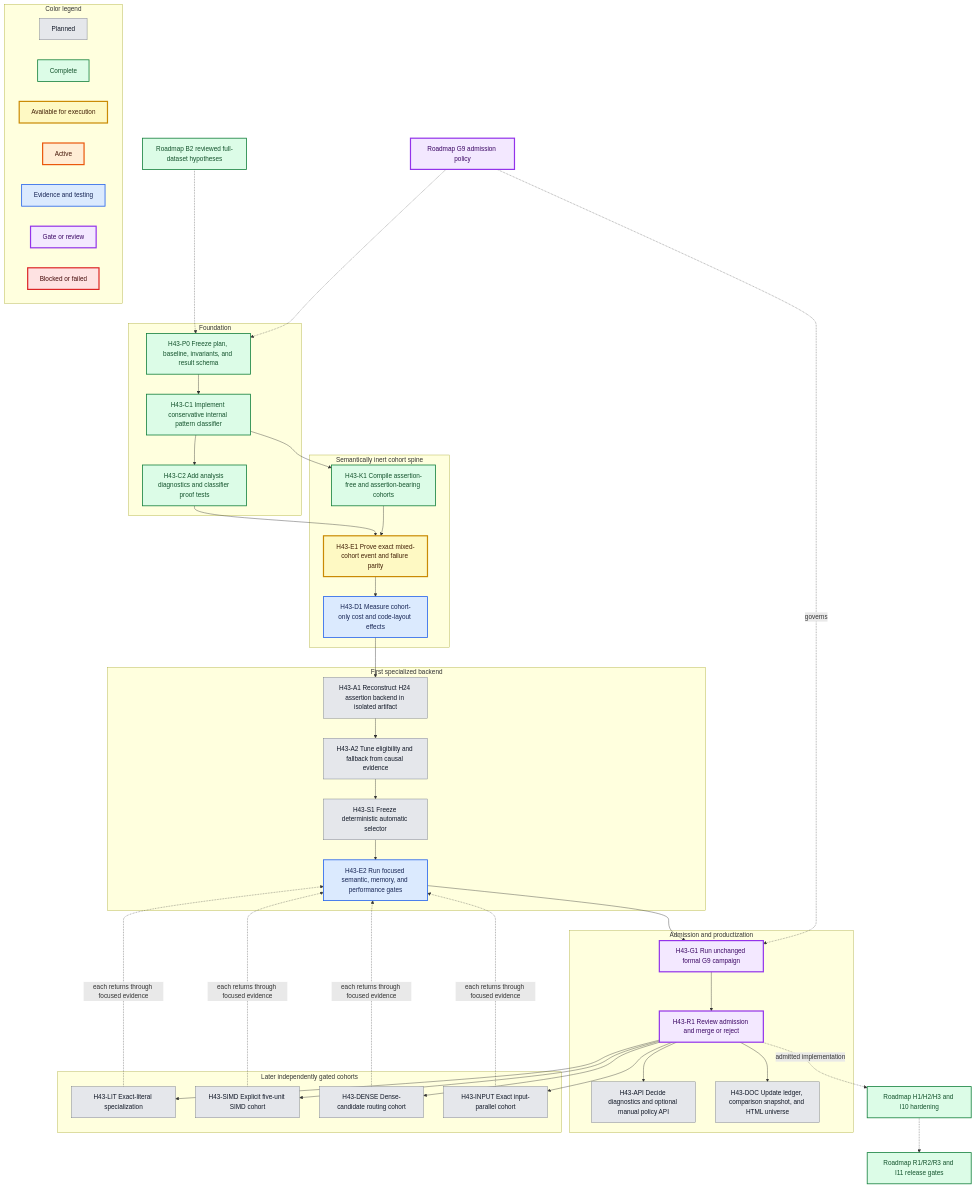
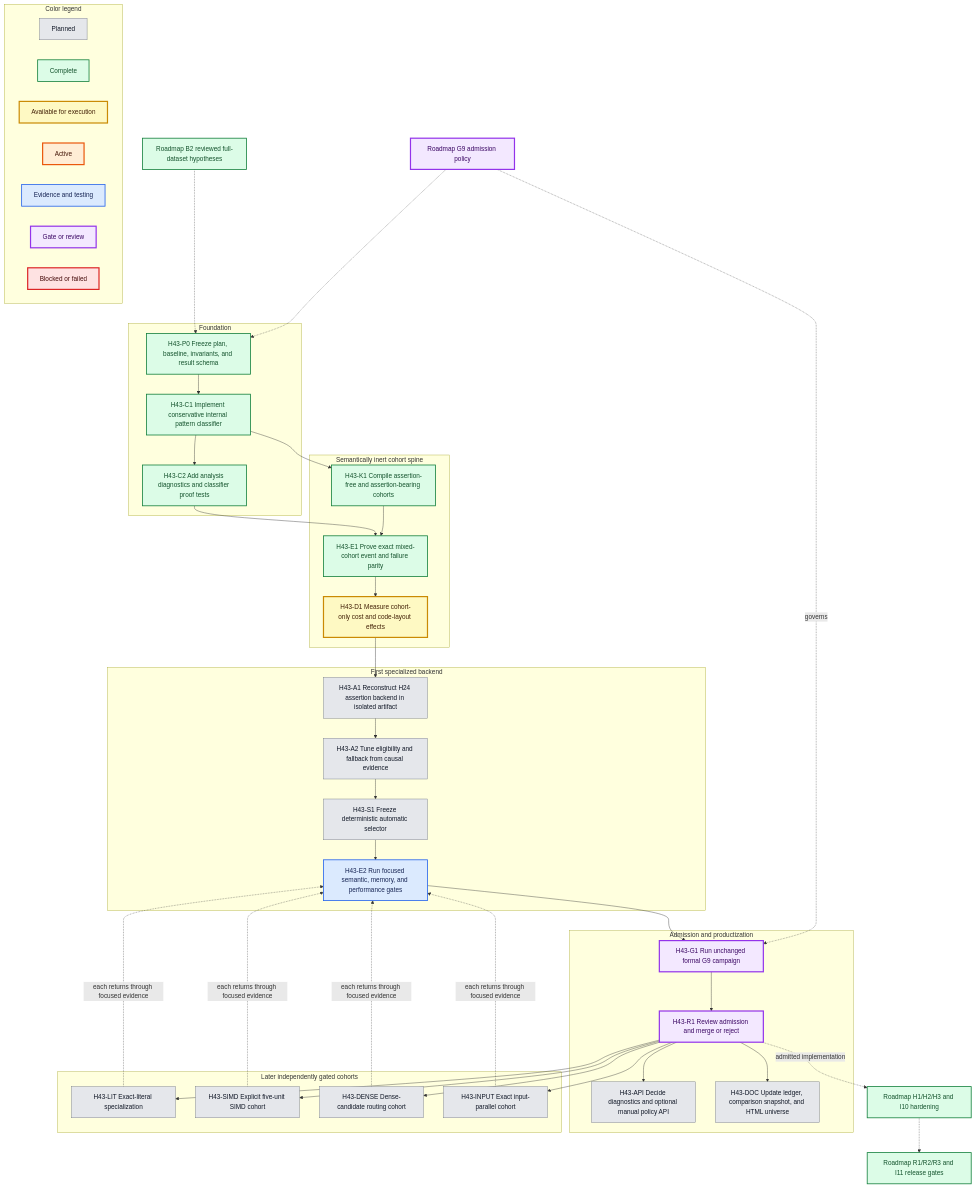
One commit to la3lma/rustmatch changed the first of 3 diagrams in docs/experiments/b2-h-0043-cohort-aware-matcher-plan.md. Above: the diagram before and after it, drawn with Mermaid. The commit also changed other lines of this file and 5 other files, not shown here.

````diff
--- a/docs/experiments/b2-h-0043-cohort-aware-matcher-plan.md
+++ b/docs/experiments/b2-h-0043-cohort-aware-matcher-plan.md
@@ -185,9 +185,10 @@
     class C1 complete;
     class C2 complete;
     class K1 complete;
-    class E1 available;
+    class E1 complete;
+    class D1 available;
     class A1,A2,S1,API,DOC,LIT,SIMD,DENSE,INPUT planned;
-    class D1,E2 evidence;
+    class E2 evidence;
     class G1,R1,G9 gate;
     class B2,HARD,REL complete;
 ```
````
